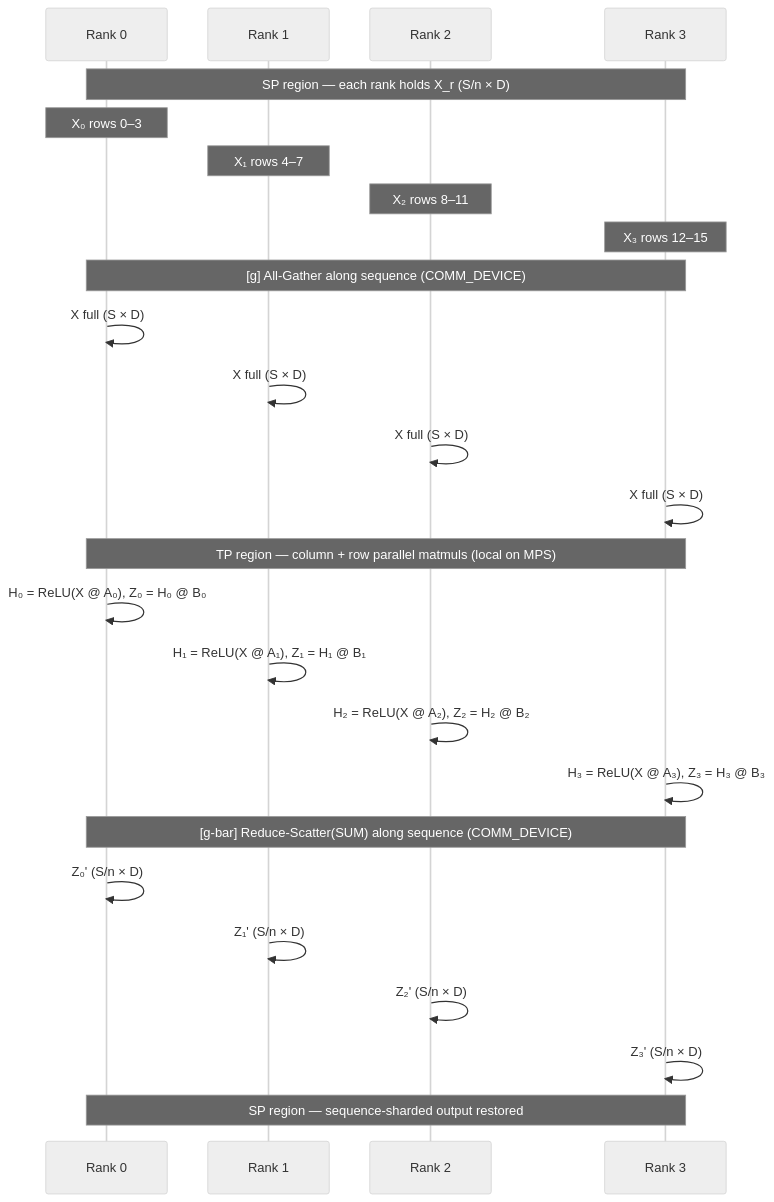
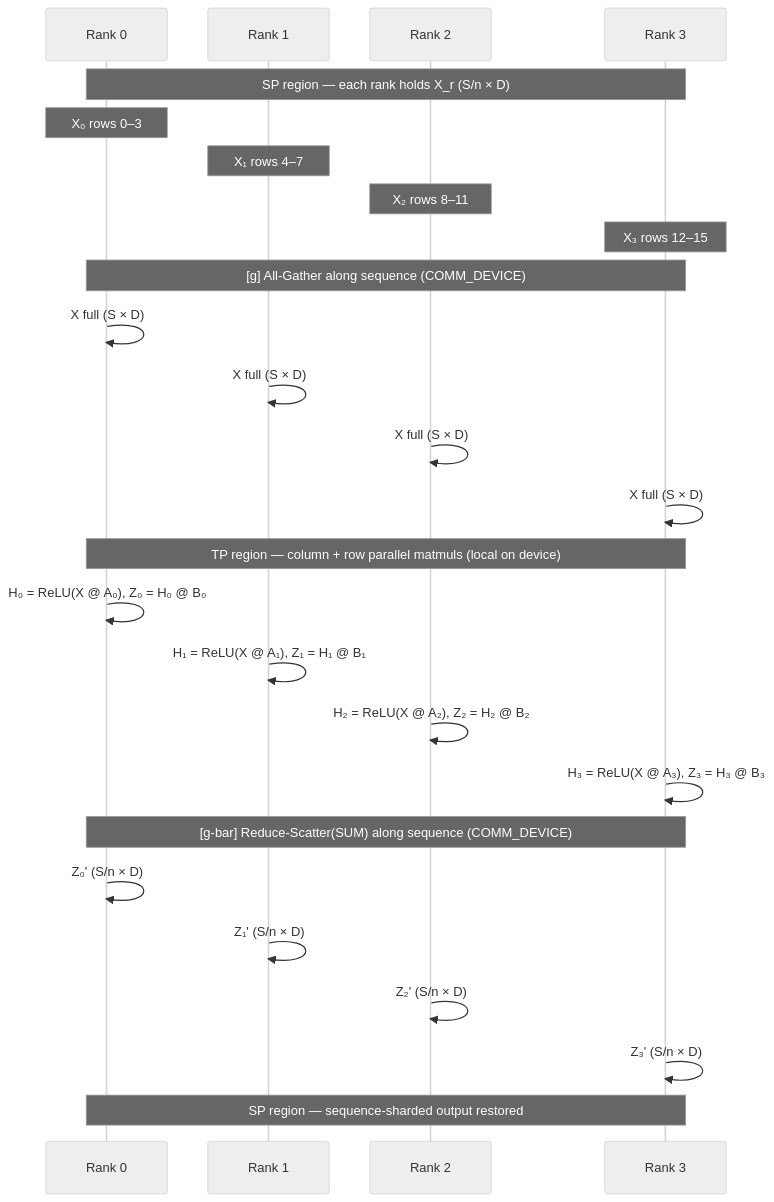
Before and after one commit to duoan/micro-trainer: the diagram in 5_sequence_parallel/1_megatron_sp.md, drawn with Mermaid (neutral theme). The commit also changed other lines of this file and 17 other files, not shown here.

Commit message:
Refactor README and demo documentation to clarify device usage and communication patterns. Update references from MPS to device for consistency across modules, ensuring clear guidelines for tensor operations and backend configurations.

````diff
--- a/5_sequence_parallel/1_megatron_sp.md
+++ b/5_sequence_parallel/1_megatron_sp.md
@@ -37,33 +37,33 @@
 ```mermaid
 sequenceDiagram
     participant R0 as Rank 0
     participant R1 as Rank 1
     participant R2 as Rank 2
     participant R3 as Rank 3
 
     Note over R0,R3: SP region — each rank holds X_r (S/n × D)
     Note over R0: X₀ rows 0–3
     Note over R1: X₁ rows 4–7
     Note over R2: X₂ rows 8–11
     Note over R3: X₃ rows 12–15
 
     Note over R0,R3: [g] All-Gather along sequence (COMM_DEVICE)
     R0->>R0: X full (S × D)
     R1->>R1: X full (S × D)
     R2->>R2: X full (S × D)
     R3->>R3: X full (S × D)
 
-    Note over R0,R3: TP region — column + row parallel matmuls (local on MPS)
+    Note over R0,R3: TP region — column + row parallel matmuls (local on device)
     R0->>R0: H₀ = ReLU(X @ A₀), Z₀ = H₀ @ B₀
     R1->>R1: H₁ = ReLU(X @ A₁), Z₁ = H₁ @ B₁
     R2->>R2: H₂ = ReLU(X @ A₂), Z₂ = H₂ @ B₂
     R3->>R3: H₃ = ReLU(X @ A₃), Z₃ = H₃ @ B₃
 
     Note over R0,R3: [g-bar] Reduce-Scatter(SUM) along sequence (COMM_DEVICE)
     R0->>R0: Z₀' (S/n × D)
     R1->>R1: Z₁' (S/n × D)
     R2->>R2: Z₂' (S/n × D)
     R3->>R3: Z₃' (S/n × D)
 
     Note over R0,R3: SP region — sequence-sharded output restored
 ```
````
